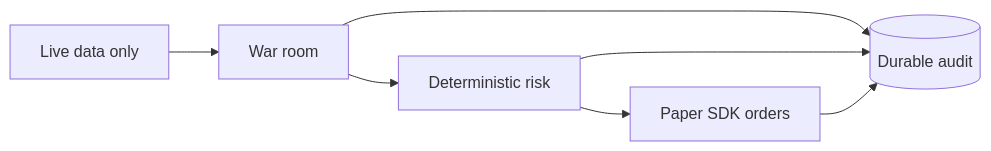
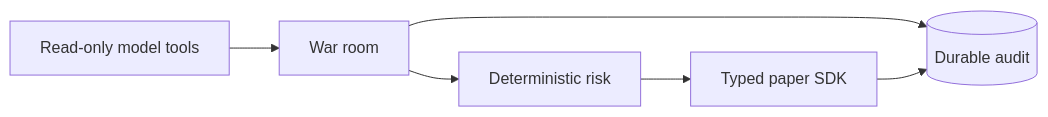
The diagram in .lode/architecture/decisions.md (xakpc/Alpaca.NoIdea), drawn with Mermaid before and after one commit. The commit also changed other lines of this file and 92 other files, not shown here.

````diff
--- a/.lode/architecture/decisions.md
+++ b/.lode/architecture/decisions.md
@@ -5,9 +6,8 @@
 ```mermaid
 flowchart LR
-    L[Live data only] --> W[War room]
+    M[Read-only model tools] --> W[War room]
     W --> R[Deterministic risk]
-    R --> P[Paper SDK orders]
+    R --> S[Typed paper SDK]
     W --> A[(Durable audit)]
-    R --> A
-    P --> A
+    S --> A
 ```
````
